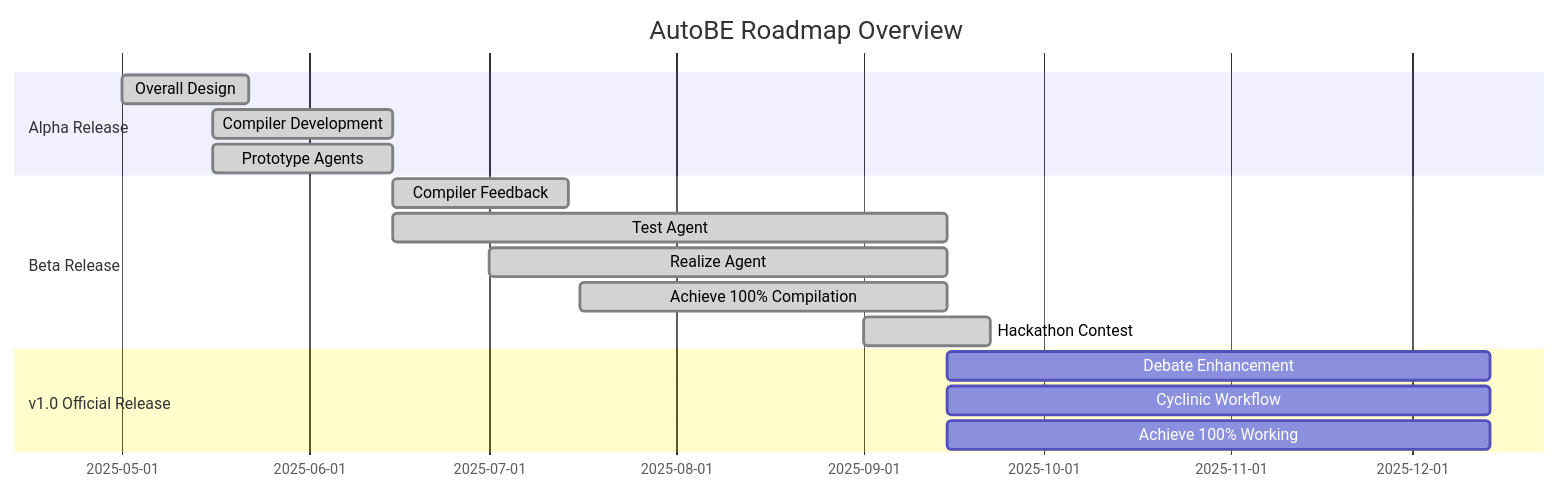
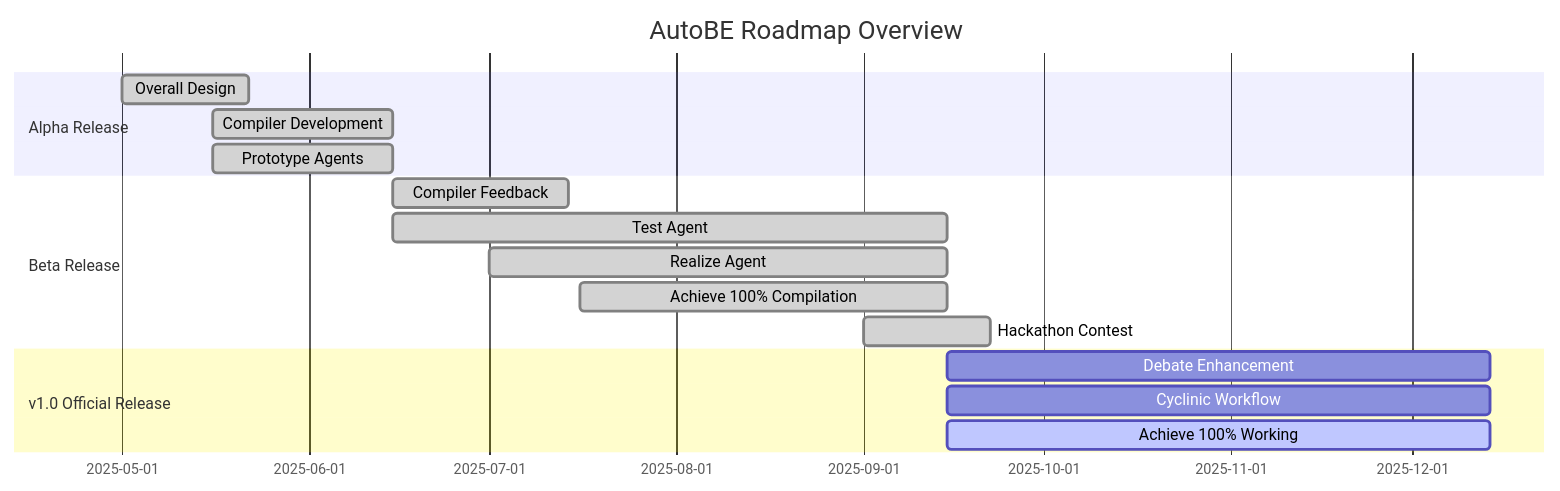
The second of 2 diagrams in README.md (wrtnlabs/autobe), drawn with Mermaid before and after one commit. The commit also changed other lines of this file, not shown here.

````diff
--- a/README.md
+++ b/README.md
@@ -111,22 +111,22 @@
 ```mermaid
 gantt
   dateFormat YYYY-MM-DD
   title AutoBE Roadmap Overview
 
   section Alpha Release
   Overall Design: done, 2025-05-01, 21d
   Compiler Development: done, 2025-05-16, 30d
   Prototype Agents: done, 2025-05-16, 30d
 
   section Beta Release
   Compiler Feedback: done, 2025-06-15, 29d
   Test Agent: done, 2025-06-15, 92d
   Realize Agent: done, 2025-07-01, 76d
   Achieve 100% Compilation: done, 2025-07-16, 61d
   Hackathon Contest: done, 2025-09-01, 21d
 
   section v1.0 Official Release
   Debate Enhancement: planned, 2025-09-15, 90d
-  Cyclinic Workflow: planned: 2025-09-15, 90d
-  Achieve 100% Working: active: 2025-09-15, 90d
+  Cyclinic Workflow: planned, 2025-09-15, 90d
+  Achieve 100% Working: active, 2025-09-15, 90d
 ```
````
